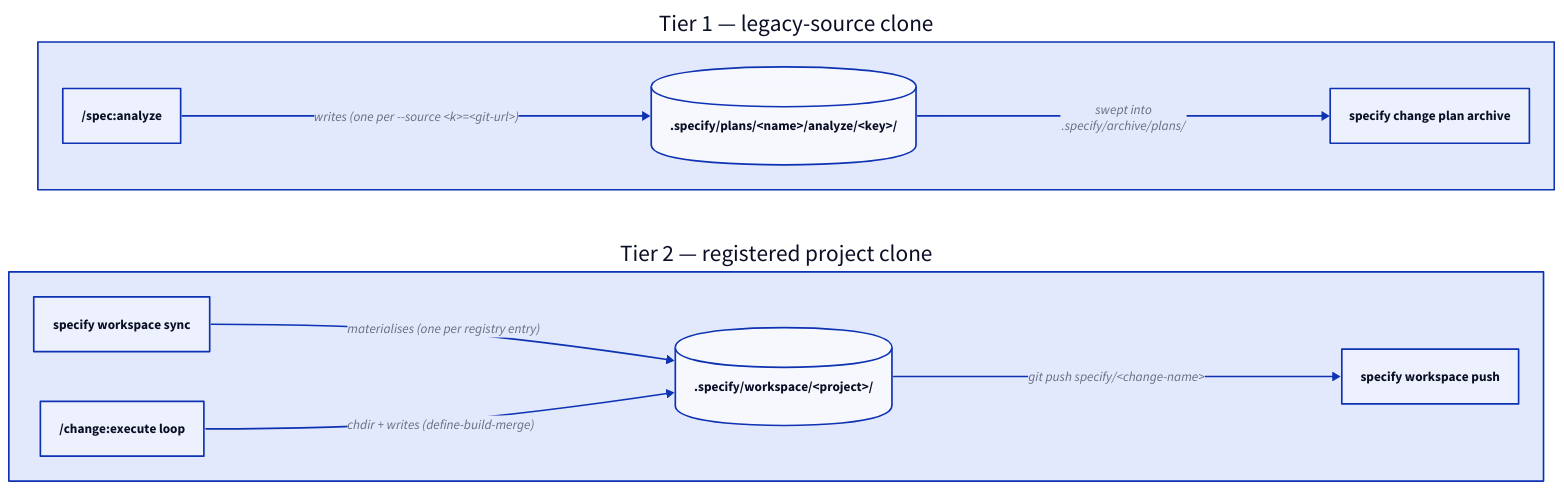
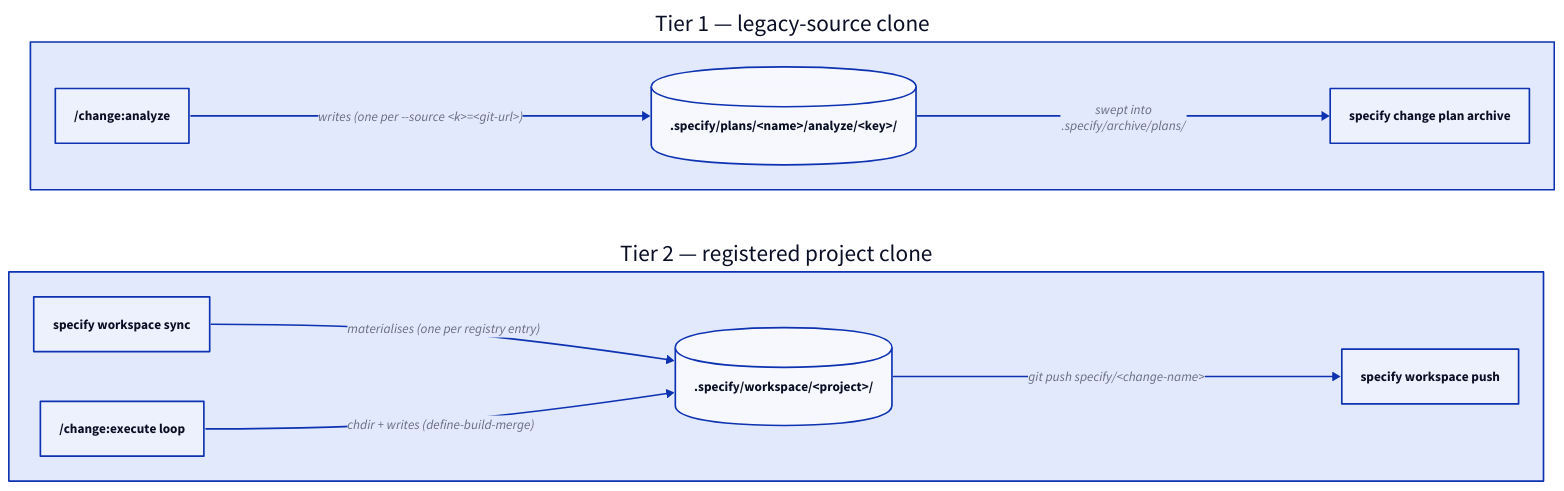
The diagram in docs/explanation/workspace-tiers.md (augentic/anvil), drawn with D2 before and after one commit. The commit also changed other lines of this file and 77 other files, not shown here.

````diff
--- a/docs/explanation/workspace-tiers.md
+++ b/docs/explanation/workspace-tiers.md
@@ -55,23 +55,23 @@
 ```d2
 direction: right
 
 tier1: "Tier 1 — legacy-source clone" {
   shape: rectangle
   loc: ".specify/plans/<name>/analyze/<key>/" {shape: cylinder}
-  analyze: "/spec:analyze" {shape: rectangle}
+  analyze: "/change:analyze" {shape: rectangle}
   archive: "specify change plan archive" {shape: rectangle}
   analyze -> loc: "writes (one per --source <k>=<git-url>)"
   loc -> archive: "swept into\n.specify/archive/plans/"
 }
 
 tier2: "Tier 2 — registered project clone" {
   shape: rectangle
   loc: ".specify/workspace/<project>/" {shape: cylinder}
   sync: "specify workspace sync" {shape: rectangle}
   execute: "/change:execute loop" {shape: rectangle}
   push: "specify workspace push" {shape: rectangle}
   sync -> loc: "materialises (one per registry entry)"
   execute -> loc: "chdir + writes (define-build-merge)"
   loc -> push: "git push specify/<change-name>"
 }
 ```
````
